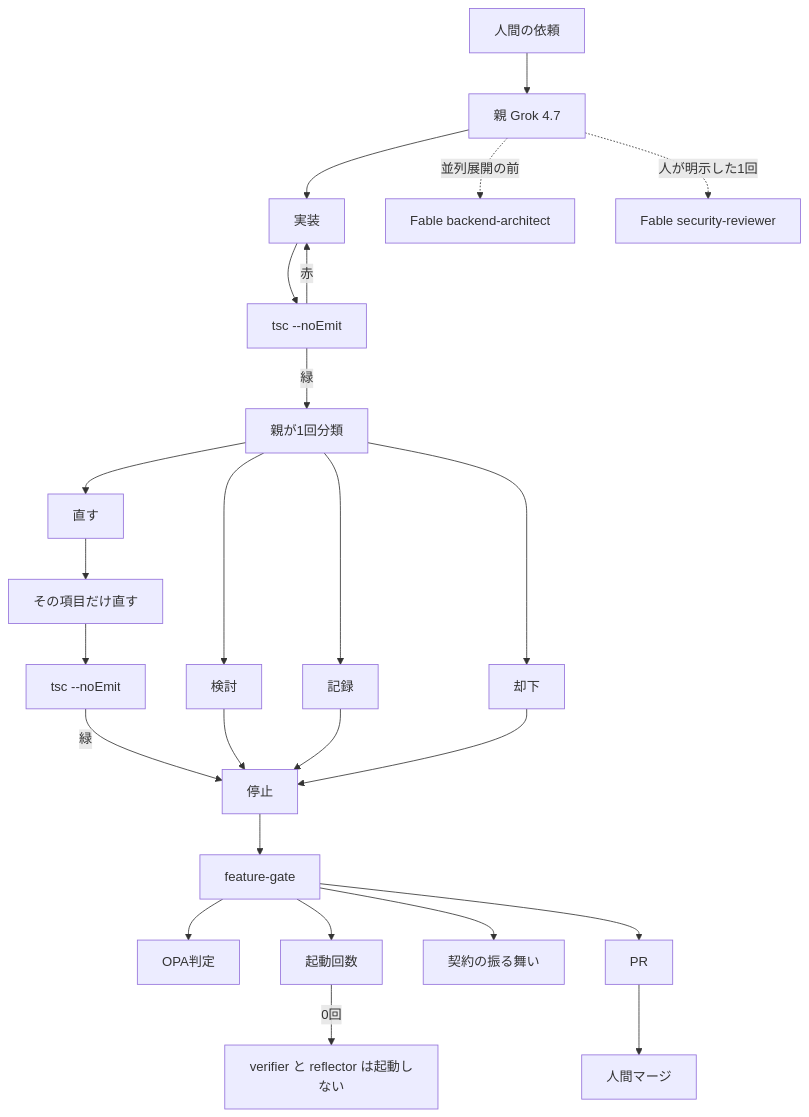
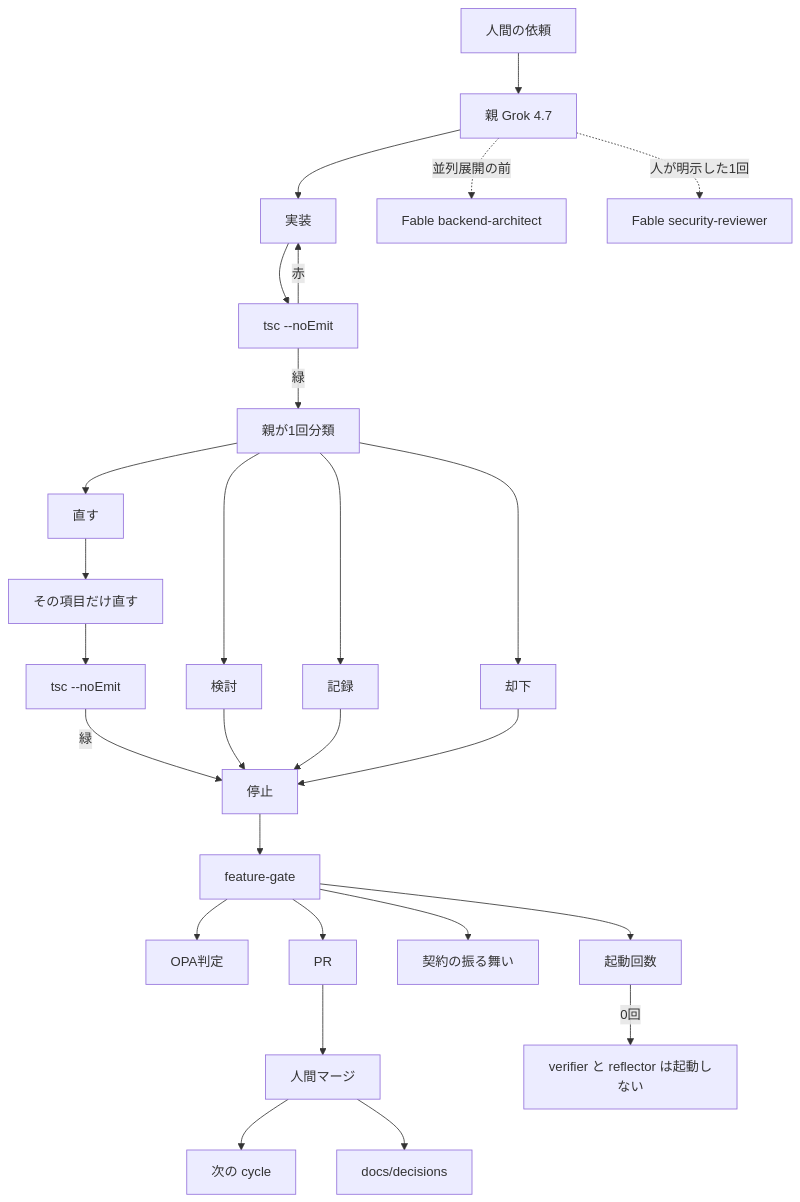
The first of 4 diagrams in README.md (marumo333/marumo333-cursor-harness), drawn with Mermaid before and after one commit. The commit also changed other lines of this file and 138 other files, not shown here.

````diff
--- a/README.md
+++ b/README.md
@@ -51,27 +46,29 @@
 ```mermaid
 flowchart TB
   H["人間の依頼"] --> G["親 Grok 4.7"]
   G --> IMP["実装"]
   IMP --> NE["tsc --noEmit"]
   NE -->|赤| IMP
   NE -->|緑| CLS["親が1回分類"]
   CLS --> FIX["直す"]
   CLS --> HOLD["検討"]
   CLS --> NOTE["記録"]
   CLS --> DROP["却下"]
   FIX --> EDIT["その項目だけ直す"]
   EDIT --> NE2["tsc --noEmit"]
   NE2 -->|緑| STOP["停止"]
   HOLD --> STOP
   NOTE --> STOP
   DROP --> STOP
   STOP --> FG["feature-gate"]
   FG --> OPA["OPA判定"]
   FG --> CAP["起動回数"]
   FG --> BEH["契約の振る舞い"]
   FG --> PR["PR"]
   PR --> HM["人間マージ"]
+  HM --> CY["次の cycle"]
+  HM --> DC["docs/decisions"]
   G -.->|並列展開の前| BA["Fable backend-architect"]
   G -.->|人が明示した1回| SR["Fable security-reviewer"]
   CAP -->|0回| OFF["verifier と reflector は起動しない"]
 ```
````
